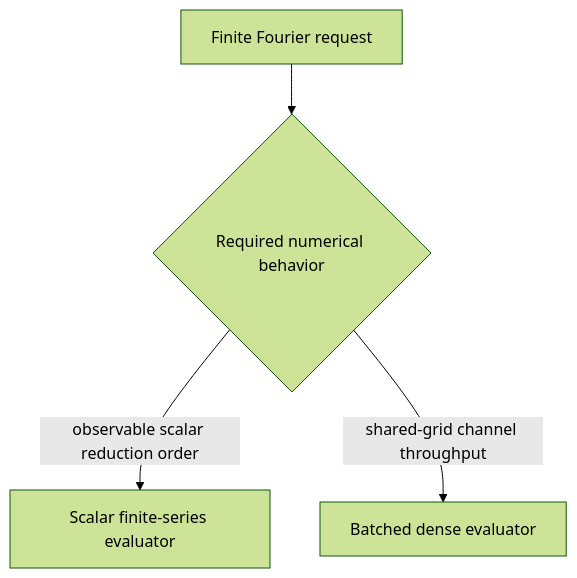
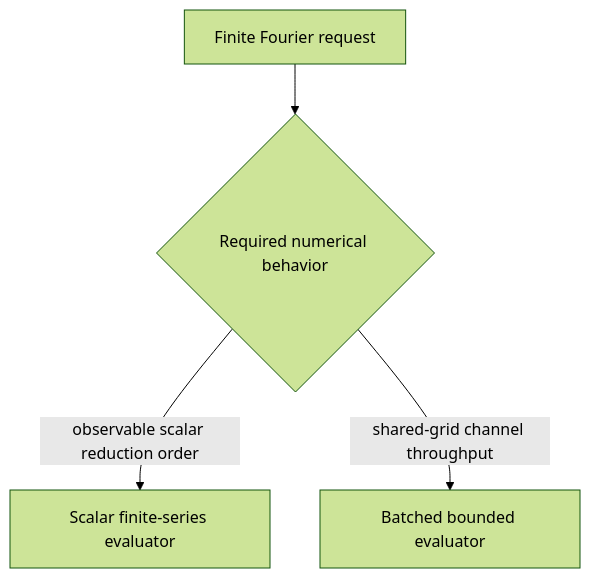
The third of 3 diagrams in docs/architecture/projectkoios/numerics/finite_periodic/batched_finite_series/schematics.md (eragasa/projectkoios-optimization), drawn with Mermaid (forest theme) before and after one commit. The commit also changed other lines of this file and 35 other files, not shown here.

````diff
--- a/docs/architecture/projectkoios/numerics/finite_periodic/batched_finite_series/schematics.md
+++ b/docs/architecture/projectkoios/numerics/finite_periodic/batched_finite_series/schematics.md
@@ -56,6 +57,6 @@
 ```mermaid
 flowchart TD
     Q[Finite Fourier request] --> O{Required numerical behavior}
     O -->|observable scalar reduction order| S[Scalar finite-series evaluator]
-    O -->|shared-grid channel throughput| B[Batched dense evaluator]
+    O -->|shared-grid channel throughput| B[Batched bounded evaluator]
 ```
````
